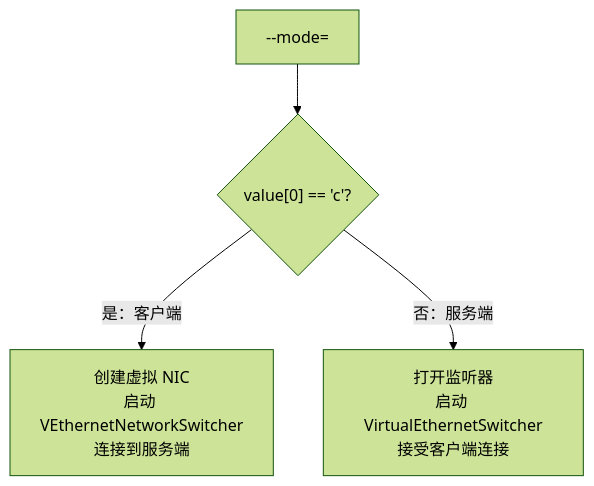
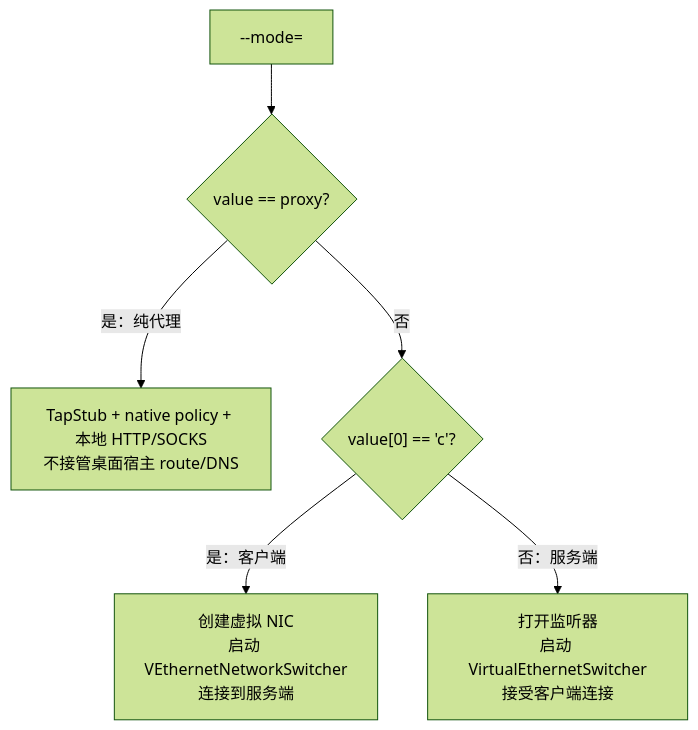
One commit to rebecca554owen/openppp2 changed the second of 2 diagrams in docs/reference/CLI_REFERENCE_CN.md. Above: the diagram before and after it, drawn with Mermaid (forest theme). The commit also changed other lines of this file and 34 other files, not shown here.

````diff
--- a/docs/reference/CLI_REFERENCE_CN.md
+++ b/docs/reference/CLI_REFERENCE_CN.md
@@ -78,6 +84,8 @@
 ```mermaid
 flowchart TD
-    A["--mode=<value>"] --> B{"value[0] == 'c'?"}
-    B -->|"是：客户端"| C["创建虚拟 NIC\n启动 VEthernetNetworkSwitcher\n连接到服务端"]
-    B -->|"否：服务端"| D["打开监听器\n启动 VirtualEthernetSwitcher\n接受客户端连接"]
+    A["--mode=<value>"] --> B{"value == proxy?"}
+    B -->|"是：纯代理"| P["TapStub + native policy + 本地 HTTP/SOCKS\n不接管桌面宿主 route/DNS"]
+    B -->|"否"| C{"value[0] == 'c'?"}
+    C -->|"是：客户端"| D["创建虚拟 NIC\n启动 VEthernetNetworkSwitcher\n连接到服务端"]
+    C -->|"否：服务端"| E["打开监听器\n启动 VirtualEthernetSwitcher\n接受客户端连接"]
 ```
````
